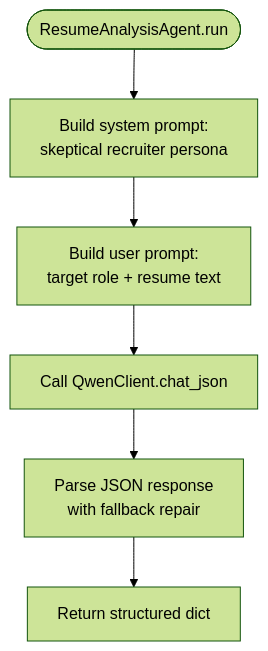
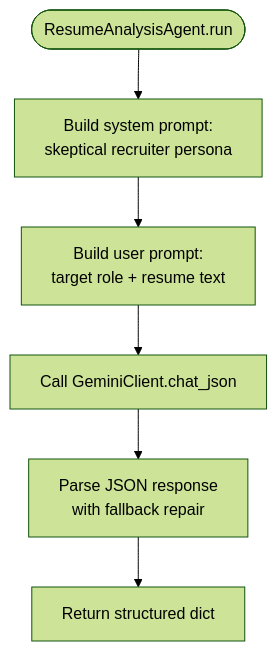
The third of 5 diagrams in .qoder/repowiki/en/content/Multi-Agent System/Resume Analysis Agent.md (waqarimran342/CareerOS-AI), drawn with Mermaid (forest theme) before and after one commit. The commit also changed other lines of this file and 32 other files, not shown here.

````diff
--- a/.qoder/repowiki/en/content/Multi-Agent System/Resume Analysis Agent.md
+++ b/.qoder/repowiki/en/content/Multi-Agent System/Resume Analysis Agent.md
@@ -120,10 +129,10 @@
 ```mermaid
 flowchart TD
 Start(["ResumeAnalysisAgent.run"])
 BuildSystem["Build system prompt:<br/>skeptical recruiter persona"]
 BuildUser["Build user prompt:<br/>target role + resume text"]
-CallQwen["Call QwenClient.chat_json"]
+CallGemini["Call GeminiClient.chat_json"]
 ParseJSON["Parse JSON response<br/>with fallback repair"]
 ReturnDict["Return structured dict"]
-Start --> BuildSystem --> BuildUser --> CallQwen --> ParseJSON --> ReturnDict
+Start --> BuildSystem --> BuildUser --> CallGemini --> ParseJSON --> ReturnDict
 ```
````
